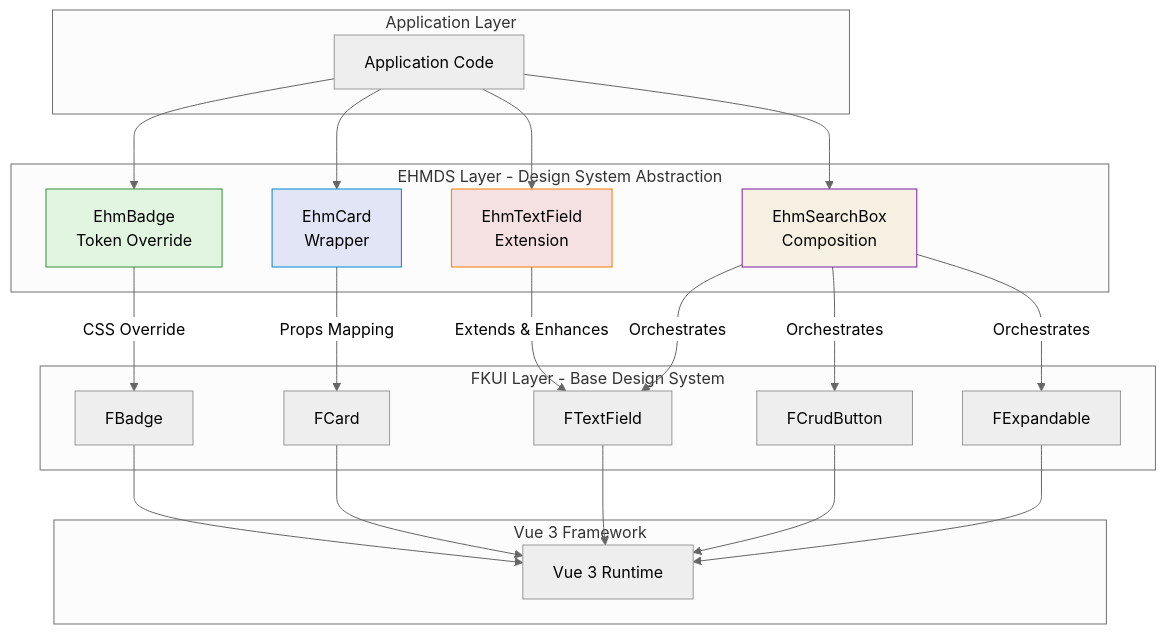
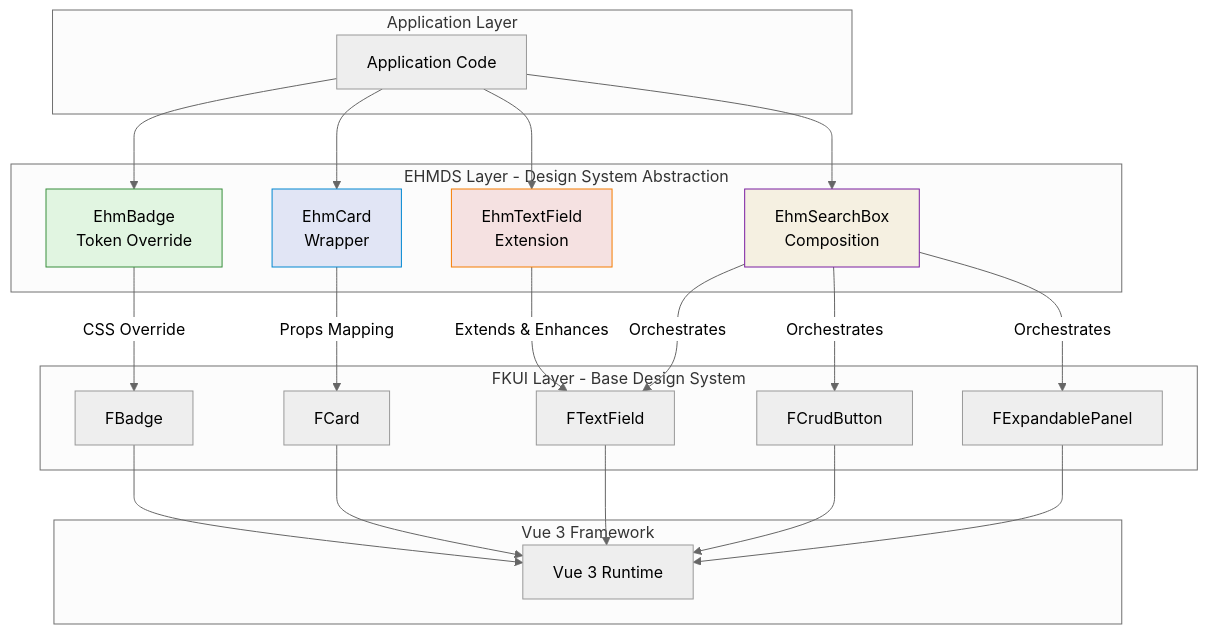
Before and after one commit to pattespatte/ehmds-on-fkui-test: the first of 2 diagrams in docs/architecture/overview.md, drawn with Mermaid (neutral theme). The commit also changed other lines of this file and 27 other files, not shown here.

````diff
--- a/docs/architecture/overview.md
+++ b/docs/architecture/overview.md
@@ -13,48 +24,48 @@
 ```mermaid
 graph TB
     subgraph "Application Layer"
         App[Application Code]
     end
 
     subgraph "EHMDS Layer - Design System Abstraction"
         EhmBadge[EhmBadge<br/>Token Override]
         EhmCard[EhmCard<br/>Wrapper]
         EhmTextField[EhmTextField<br/>Extension]
         EhmSearchBox[EhmSearchBox<br/>Composition]
     end
 
     subgraph "FKUI Layer - Base Design System"
         FBadge[FBadge]
         FCard[FCard]
         FTextField[FTextField]
         FCrudButton[FCrudButton]
-        FExpandable[FExpandable]
+        FExpandablePanel[FExpandablePanel]
     end
 
     subgraph "Vue 3 Framework"
         Vue[Vue 3 Runtime]
     end
 
     App --> EhmBadge
     App --> EhmCard
     App --> EhmTextField
     App --> EhmSearchBox
 
     EhmBadge -->|CSS Override| FBadge
     EhmCard -->|Props Mapping| FCard
     EhmTextField -->|Extends & Enhances| FTextField
     EhmSearchBox -->|Orchestrates| FTextField
     EhmSearchBox -->|Orchestrates| FCrudButton
-    EhmSearchBox -->|Orchestrates| FExpandable
+    EhmSearchBox -->|Orchestrates| FExpandablePanel
 
     FBadge --> Vue
     FCard --> Vue
     FTextField --> Vue
     FCrudButton --> Vue
-    FExpandable --> Vue
+    FExpandablePanel --> Vue
 
     style EhmBadge fill:#e1f5e1,stroke:#388e3c
     style EhmCard fill:#e1e5f5,stroke:#0288d1
     style EhmTextField fill:#f5e1e1,stroke:#f57c00
     style EhmSearchBox fill:#f5f0e1,stroke:#7b1fa2
 ```
````
